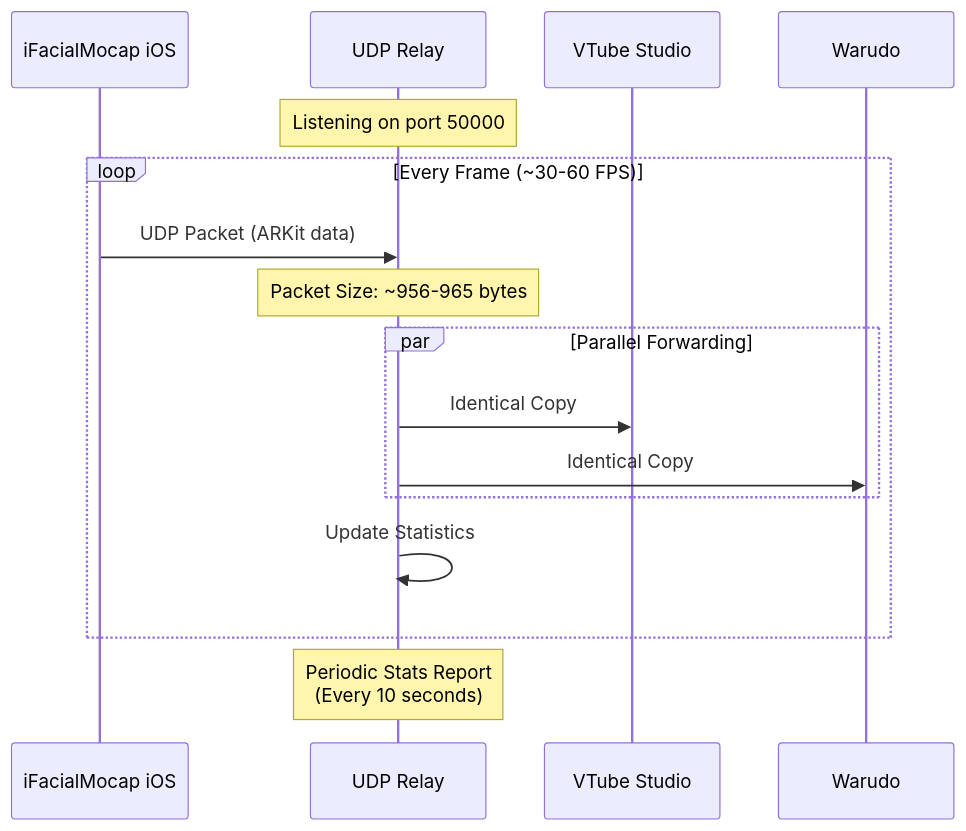
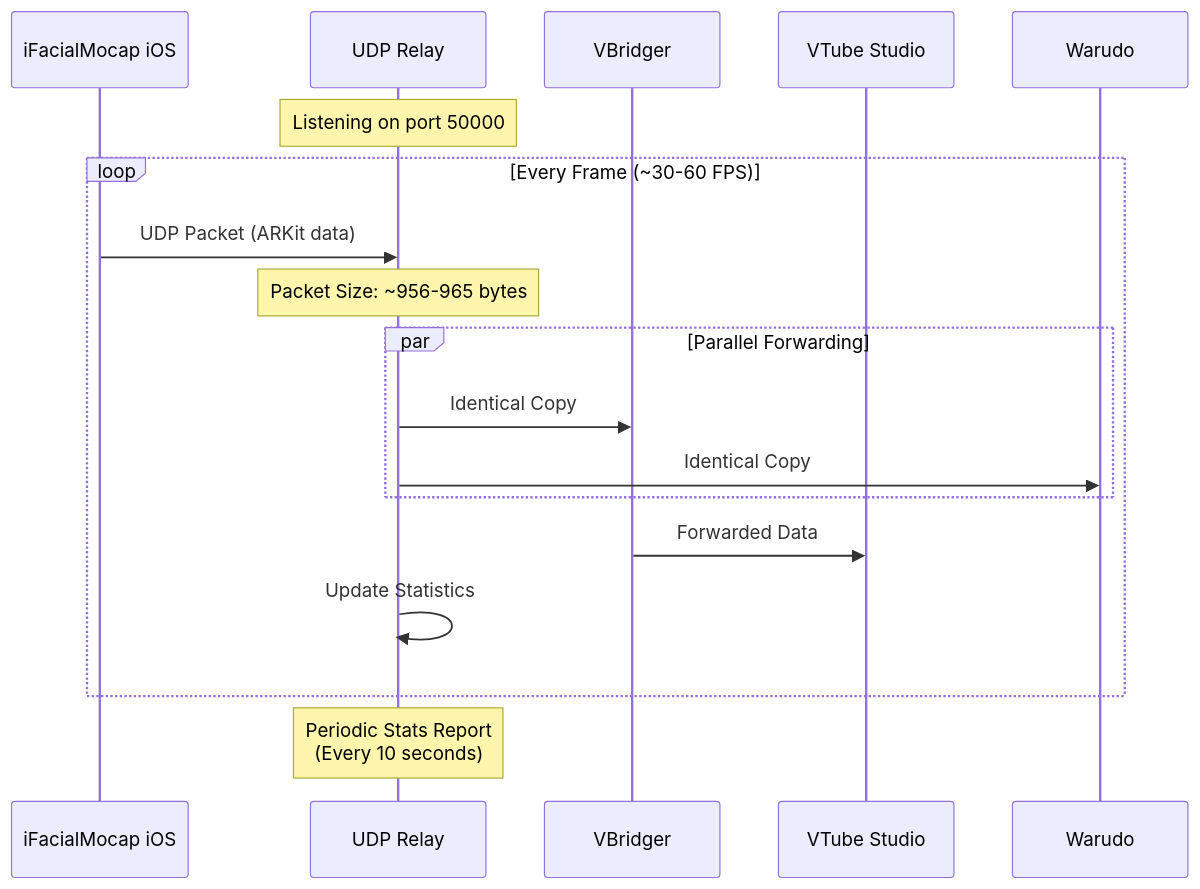
Before and after one commit to whykusanagi/VTuberHub: the second of 2 diagrams in README.md, drawn with Mermaid. The commit also changed other lines of this file, not shown here.

Commit message:
Update architecture diagrams to show VBridger as intermediary to VTube Studio

````diff
--- a/README.md
+++ b/README.md
@@ -35,23 +38,26 @@
 ```mermaid
 sequenceDiagram
     participant iOS as iFacialMocap iOS
     participant Relay as UDP Relay
+    participant VB as VBridger
     participant VTS as VTube Studio
     participant Warudo as Warudo
     
     Note over Relay: Listening on port 50000
     
     loop Every Frame (~30-60 FPS)
         iOS->>Relay: UDP Packet (ARKit data)
         Note over Relay: Packet Size: ~956-965 bytes
         
         par Parallel Forwarding
-            Relay->>VTS: Identical Copy
+            Relay->>VB: Identical Copy
             Relay->>Warudo: Identical Copy
         end
+        
+        VB->>VTS: Forwarded Data
         
         Relay->>Relay: Update Statistics
     end
     
     Note over Relay: Periodic Stats Report<br/>(Every 10 seconds)
 ```
````
